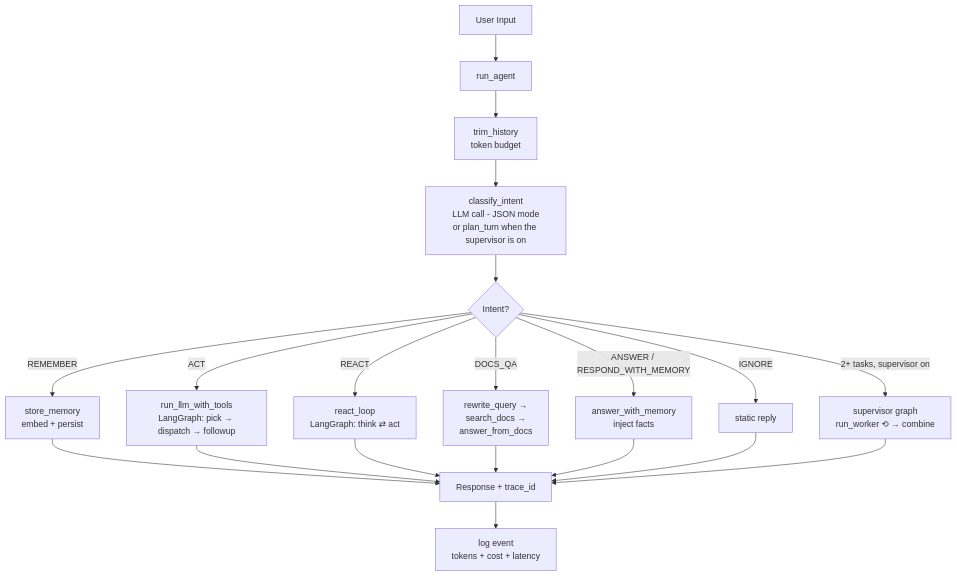
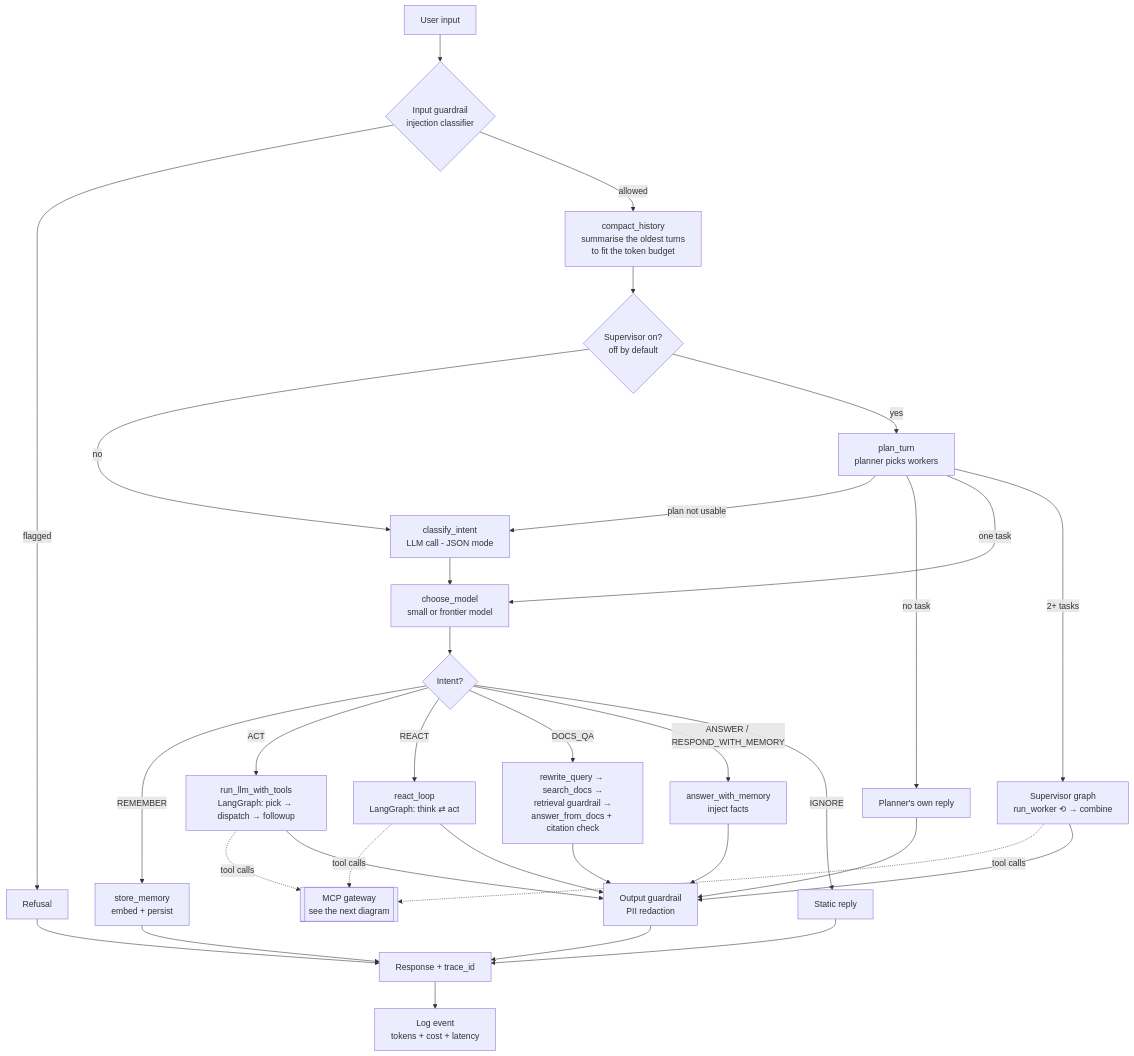
The first of 2 diagrams in README.md (sk-20231/agentforge), drawn with Mermaid before and after one commit. The commit also changed other lines of this file, not shown here.

First line of the commit message:
docs(readme): bring the architecture and security sections up to date (#78)

````diff
--- a/README.md
+++ b/README.md
@@ -48,22 +52,35 @@
 ```mermaid
 flowchart TD
-    A[User Input] --> B[run_agent]
-    B --> C[trim_history<br/>token budget]
-    C --> D[classify_intent<br/>LLM call - JSON mode<br/>or plan_turn when the supervisor is on]
-    D --> E{Intent?}
-    E -->|2+ tasks, supervisor on| S[supervisor graph<br/>run_worker ⟲ → combine]
+    A[User input] --> IG{Input guardrail<br/>injection classifier}
+    IG -->|flagged| X[Refusal]
+    IG -->|allowed| C[compact_history<br/>summarise the oldest turns<br/>to fit the token budget]
+    C --> SV{Supervisor on?<br/>off by default}
+    SV -->|no| D[classify_intent<br/>LLM call - JSON mode]
+    SV -->|yes| P[plan_turn<br/>planner picks workers]
+    P -->|plan not usable| D
+    P -->|no task| PR[Planner's own reply]
+    P -->|one task| RT
+    P -->|2+ tasks| S[Supervisor graph<br/>run_worker ⟲ → combine]
+    D --> RT[choose_model<br/>small or frontier model]
+    RT --> E{Intent?}
     E -->|REMEMBER| F[store_memory<br/>embed + persist]
     E -->|ACT| G[run_llm_with_tools<br/>LangGraph: pick → dispatch → followup]
     E -->|REACT| H[react_loop<br/>LangGraph: think ⇄ act]
-    E -->|DOCS_QA| I[rewrite_query →<br/>search_docs →<br/>answer_from_docs]
+    E -->|DOCS_QA| I[rewrite_query → search_docs →<br/>retrieval guardrail →<br/>answer_from_docs + citation check]
     E -->|ANSWER / RESPOND_WITH_MEMORY| J[answer_with_memory<br/>inject facts]
-    E -->|IGNORE| K[static reply]
-    F --> L[Response + trace_id]
-    G --> L
-    H --> L
-    I --> L
-    J --> L
+    E -->|IGNORE| K[Static reply]
+    G -.->|tool calls| GW[[MCP gateway<br/>see the next diagram]]
+    H -.->|tool calls| GW
+    S -.->|tool calls| GW
+    G --> OG[Output guardrail<br/>PII redaction]
+    H --> OG
+    I --> OG
+    J --> OG
+    S --> OG
+    PR --> OG
+    OG --> L[Response + trace_id]
+    F --> L
     K --> L
-    S --> L
-    L --> M[log event<br/>tokens + cost + latency]
+    X --> L
+    L --> M[Log event<br/>tokens + cost + latency]
 ```
````
